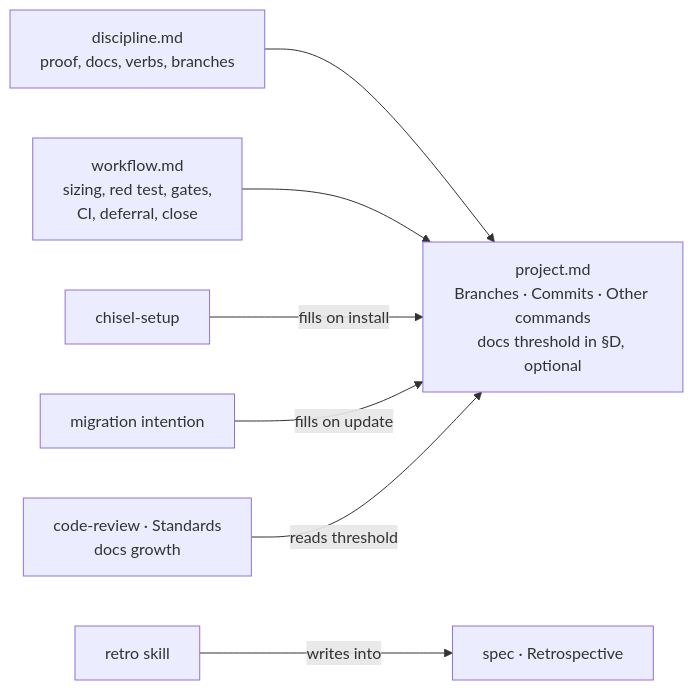
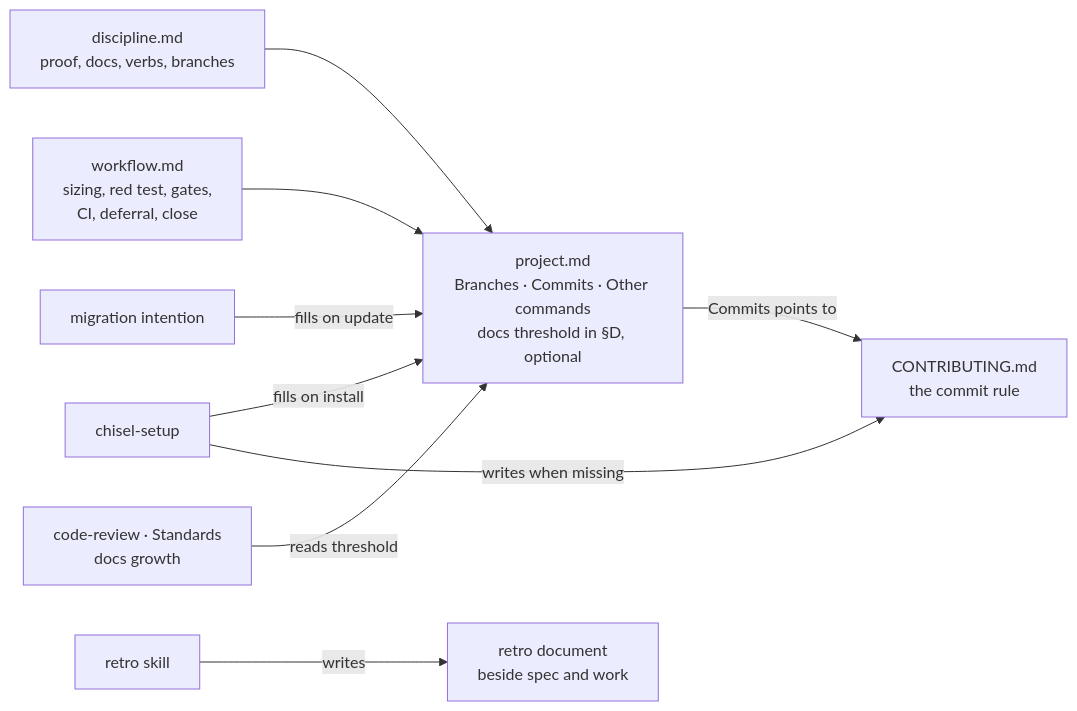
Before and after one commit to lonestone/chisel: the diagram in project-management/tasks/20261122-0002-working-rules-from-the-field.spec.md, drawn with Mermaid. The commit also changed other lines of this file, not shown here.

First line of the commit message:
docs(tasks): commit rule in a contributing file, retro beside the spec

````diff
--- a/project-management/tasks/20261122-0002-working-rules-from-the-field.spec.md
+++ b/project-management/tasks/20261122-0002-working-rules-from-the-field.spec.md
@@ -244,10 +263,12 @@
 ```mermaid
 flowchart LR
   D[discipline.md<br/>proof, docs, verbs, branches] --> P
   W[workflow.md<br/>sizing, red test, gates,<br/>CI, deferral, close] --> P
   P[project.md<br/>Branches · Commits · Other commands<br/>docs threshold in §D, optional]
   S[chisel-setup] -->|fills on install| P
   I[migration intention] -->|fills on update| P
   C[code-review · Standards<br/>docs growth] -->|reads threshold| P
-  R[retro skill] -->|writes into| SP[spec · Retrospective]
+  P -->|Commits points to| CO[CONTRIBUTING.md<br/>the commit rule]
+  S -->|writes when missing| CO
+  R[retro skill] -->|writes| RD[retro document<br/>beside spec and work]
 ```
````
